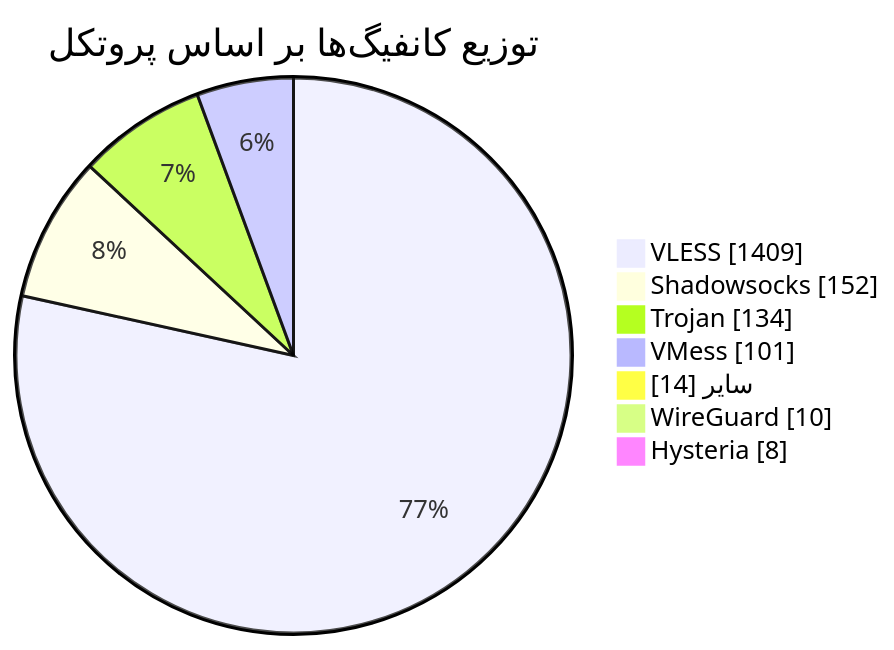
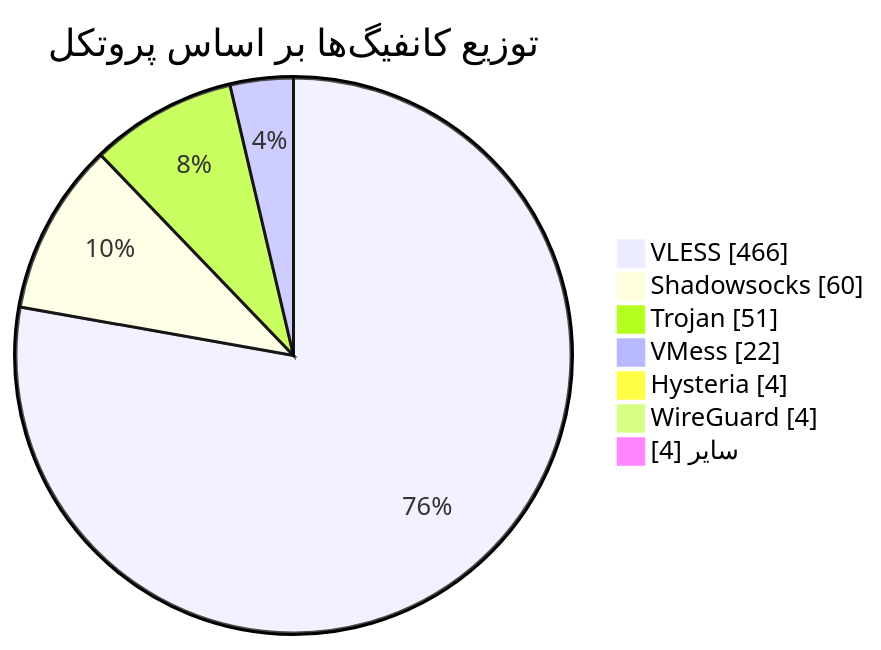
Before and after one commit to Arian-Alijani/Somthing: the diagram in README.md, drawn with Mermaid. The commit also changed other lines of this file and 21 other files, not shown here.

````diff
--- a/README.md
+++ b/README.md
@@ -49,11 +49,11 @@
 ```mermaid
 pie showData
     title توزیع کانفیگ‌ها بر اساس پروتکل
-    "VLESS" : 1409
-    "Shadowsocks" : 152
-    "Trojan" : 134
-    "VMess" : 101
-    "سایر" : 14
-    "WireGuard" : 10
-    "Hysteria" : 8
+    "VLESS" : 466
+    "Shadowsocks" : 60
+    "Trojan" : 51
+    "VMess" : 22
+    "Hysteria" : 4
+    "WireGuard" : 4
+    "سایر" : 4
 ```
````
